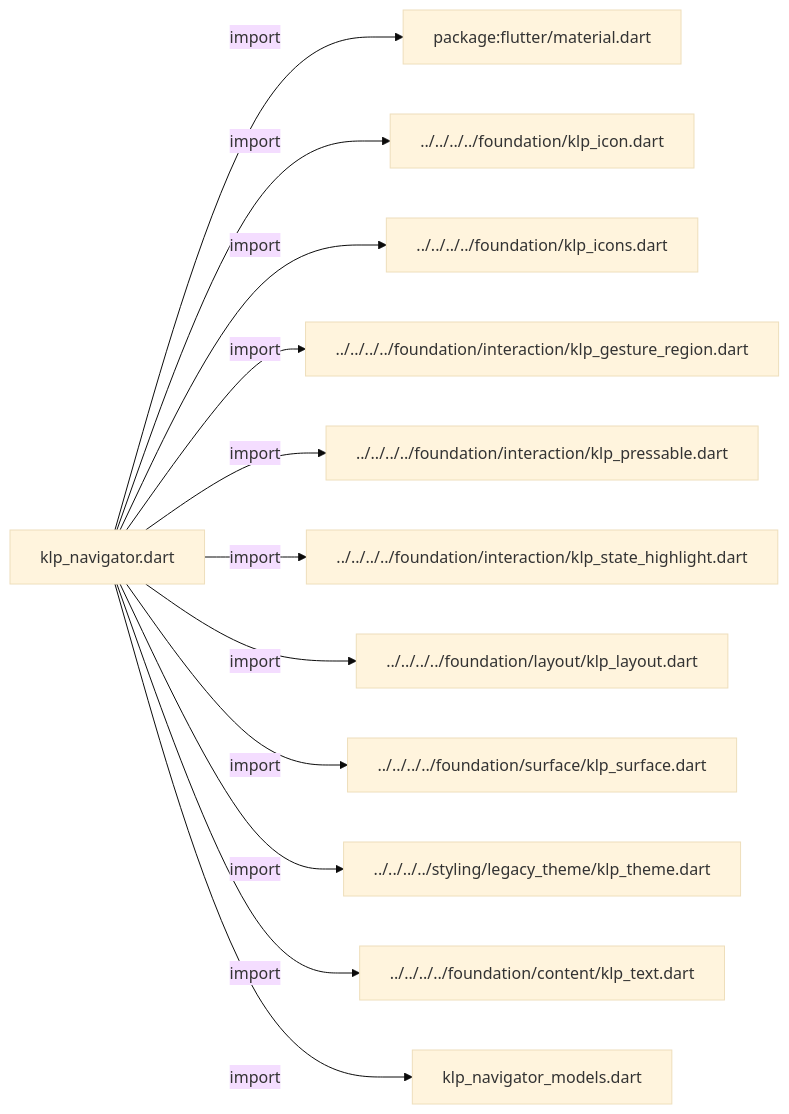
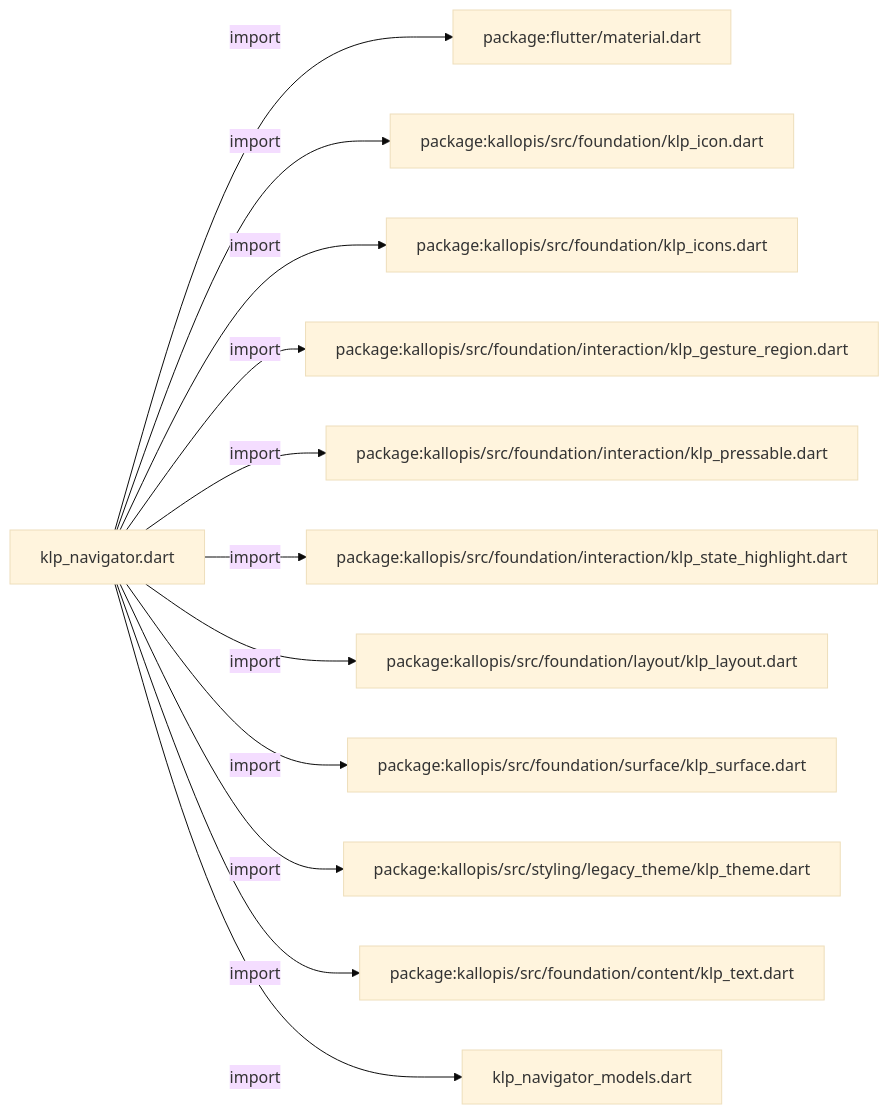
One commit to MiuDog/Kallopis changed the first of 2 diagrams in docs/architecture/src/features/navigation/widgets/navigator/klp_navigator.md. Above: the diagram before and after it, drawn with Mermaid (base theme). The commit also changed other lines of this file and 9688 other files, not shown here.

Commit message:
Prepare isolated Flow F2 peer baseline

````diff
--- a/docs/architecture/src/features/navigation/widgets/navigator/klp_navigator.md
+++ b/docs/architecture/src/features/navigation/widgets/navigator/klp_navigator.md
@@ -11,26 +11,26 @@
 ```mermaid
 flowchart LR
 	n0["klp_navigator.dart"]
 	n1["package:flutter/material.dart"]
-	n2["../../../../foundation/klp_icon.dart"]
-	n3["../../../../foundation/klp_icons.dart"]
-	n4["../../../../foundation/interaction/klp_gesture_region.dart"]
-	n5["../../../../foundation/interaction/klp_pressable.dart"]
-	n6["../../../../foundation/interaction/klp_state_highlight.dart"]
-	n7["../../../../foundation/layout/klp_layout.dart"]
-	n8["../../../../foundation/surface/klp_surface.dart"]
-	n9["../../../../styling/legacy_theme/klp_theme.dart"]
-	n10["../../../../foundation/content/klp_text.dart"]
+	n2["package:kallopis/src/foundation/klp_icon.dart"]
+	n3["package:kallopis/src/foundation/klp_icons.dart"]
+	n4["package:kallopis/src/foundation/interaction/klp_gesture_region.dart"]
+	n5["package:kallopis/src/foundation/interaction/klp_pressable.dart"]
+	n6["package:kallopis/src/foundation/interaction/klp_state_highlight.dart"]
+	n7["package:kallopis/src/foundation/layout/klp_layout.dart"]
+	n8["package:kallopis/src/foundation/surface/klp_surface.dart"]
+	n9["package:kallopis/src/styling/legacy_theme/klp_theme.dart"]
+	n10["package:kallopis/src/foundation/content/klp_text.dart"]
 	n11["klp_navigator_models.dart"]
 	n0 -->|"import"| n1
 	n0 -->|"import"| n2
 	n0 -->|"import"| n3
 	n0 -->|"import"| n4
 	n0 -->|"import"| n5
 	n0 -->|"import"| n6
 	n0 -->|"import"| n7
 	n0 -->|"import"| n8
 	n0 -->|"import"| n9
 	n0 -->|"import"| n10
 	n0 -->|"import"| n11
 ```
````
